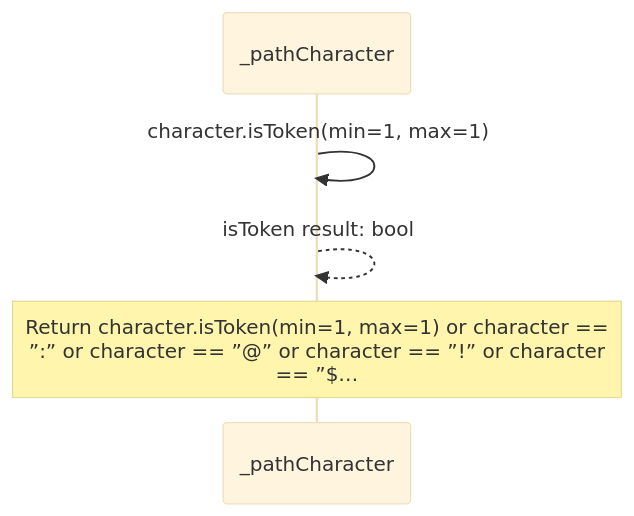
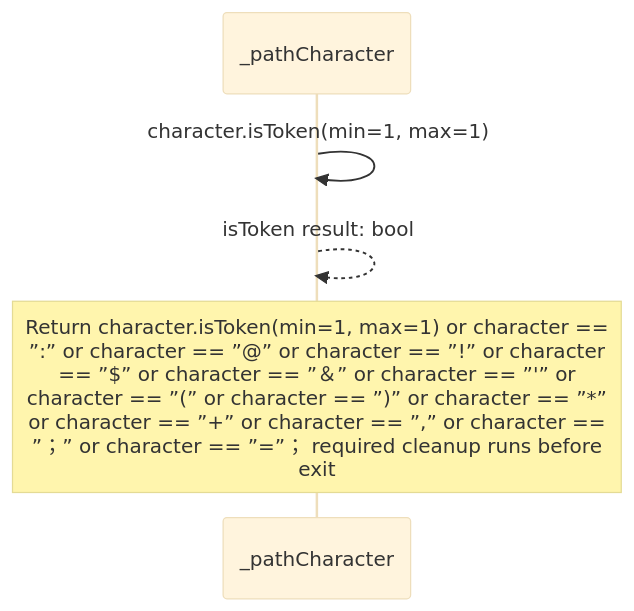
One commit to GreenPandaStudios/augscript changed diagram 12 of 13 in src/stdlib/values/urls.aug.diagrams.md. Above: the diagram before and after it, drawn with Mermaid (base theme). The commit also changed other lines of this file and 658 other files, not shown here.

````diff
--- a/src/stdlib/values/urls.aug.diagrams.md
+++ b/src/stdlib/values/urls.aug.diagrams.md
@@ -371,8 +404,8 @@
 ```mermaid
 sequenceDiagram
     participant p0 as _pathCharacter
 
     p0->>p0: character.isToken(min=1, max=1)
     p0-->>p0: isToken result: bool
-    Note over p0: Return character.isToken(min=1, max=1) or character ==<br/>”:” or character == ”@” or character == ”!” or character<br/>== ”$…
+    Note over p0: Return character.isToken(min=1, max=1) or character ==<br/>”:” or character == ”@” or character == ”!” or character<br/>== ”$” or character == ”＆” or character == ”'” or<br/>character == ”(” or character == ”)” or character == ”*”<br/>or character == ”+” or character == ”,” or character ==<br/>”；” or character == ”=”； required cleanup runs before<br/>exit
 ```
````
